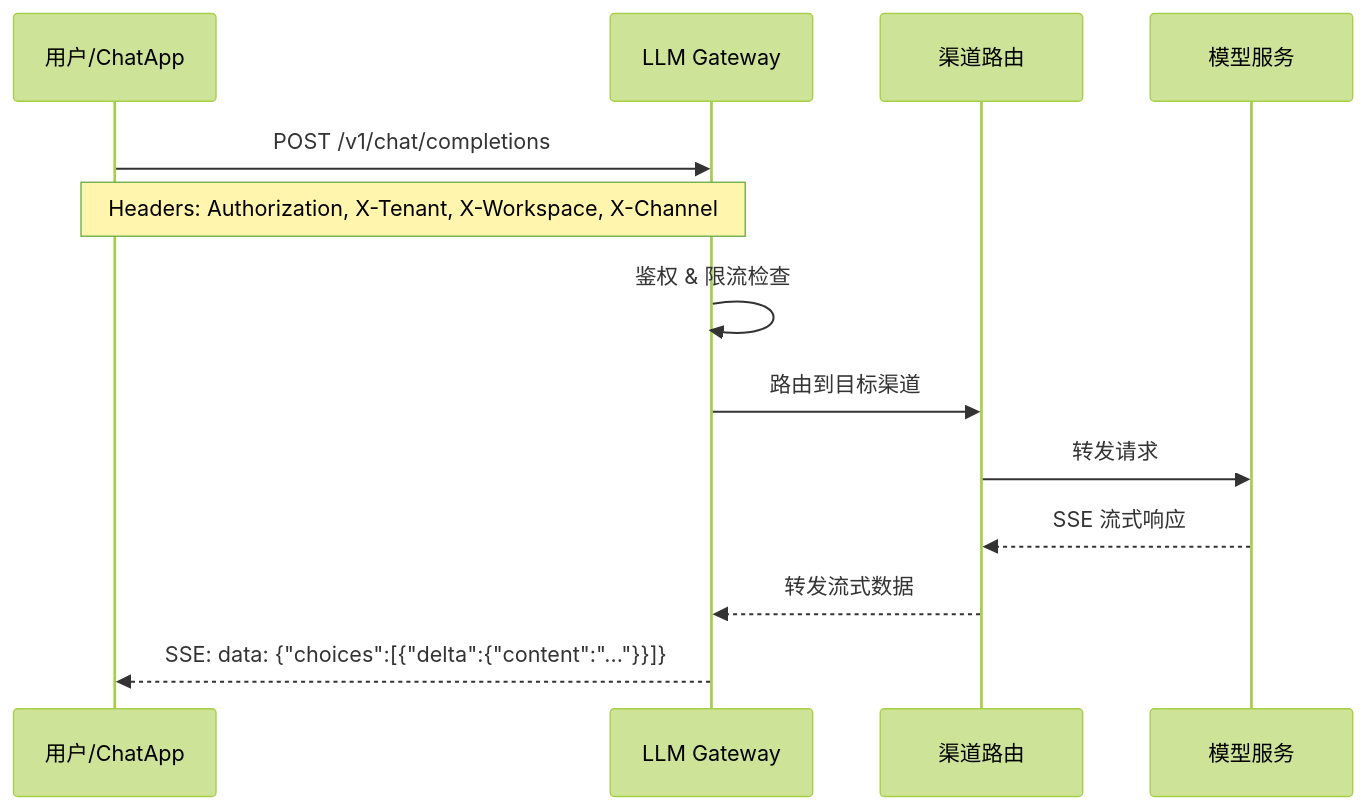
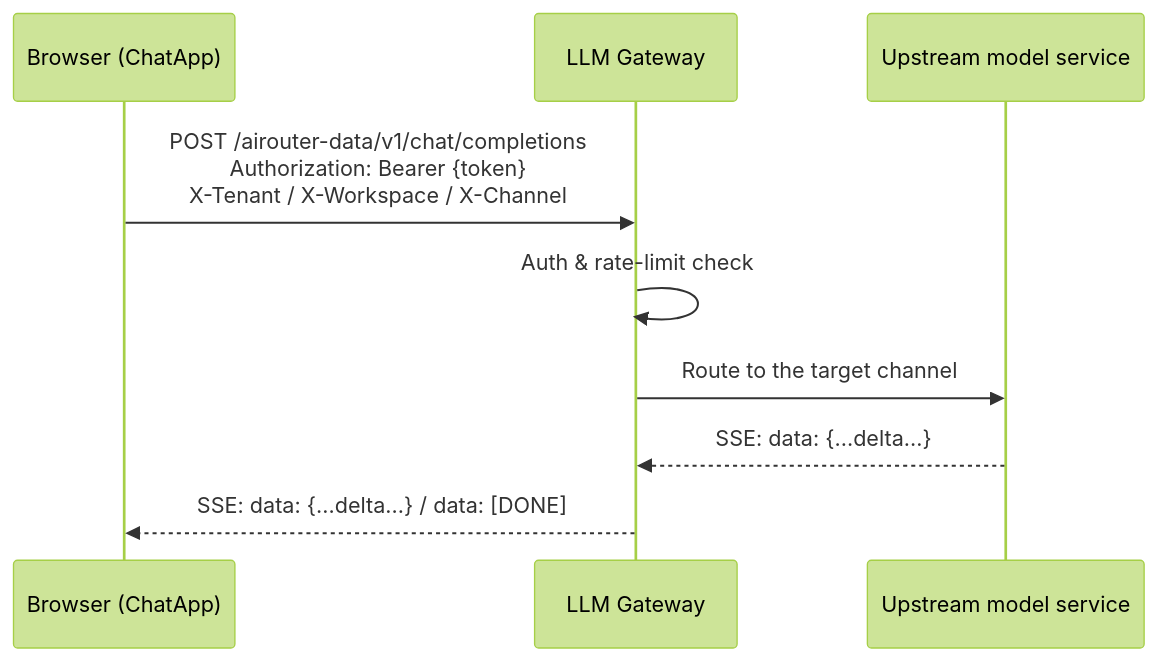
Before and after one commit to poxiaoyun/docs: the diagram in src/pages/docs/en/10.rune/05.chatapp/index.md, drawn with Mermaid (forest theme). The commit also changed other lines of this file and 463 other files, not shown here.

````diff
--- a/src/pages/docs/en/10.rune/05.chatapp/index.md
+++ b/src/pages/docs/en/10.rune/05.chatapp/index.md
@@ -85,16 +77,12 @@
 ```mermaid
 sequenceDiagram
- participant User as 用户/ChatApp
+ participant User as Browser (ChatApp)
  participant Gateway as LLM Gateway
- participant Channel as 渠道路由
- participant Model as 模型服务
+ participant Model as Upstream model service
 
- User->>Gateway: POST /v1/chat/completions
- Note over User,Gateway: Headers: Authorization, X-Tenant, X-Workspace, X-Channel
- Gateway->>Gateway: 鉴权 & 限流检查
- Gateway->>Channel: 路由到目标渠道
- Channel->>Model: 转发请求
- Model-->>Channel: SSE 流式响应
- Channel-->>Gateway: 转发流式数据
- Gateway-->>User: SSE: data: {"choices":[{"delta":{"content":"..."}}]}
+ User->>Gateway: POST /airouter-data/v1/chat/completions<br/>Authorization: Bearer {token}<br/>X-Tenant / X-Workspace / X-Channel
+ Gateway->>Gateway: Auth & rate-limit check
+ Gateway->>Model: Route to the target channel
+ Model-->>Gateway: SSE: data: {...delta...}
+ Gateway-->>User: SSE: data: {...delta...} / data: [DONE]
 ```
````
